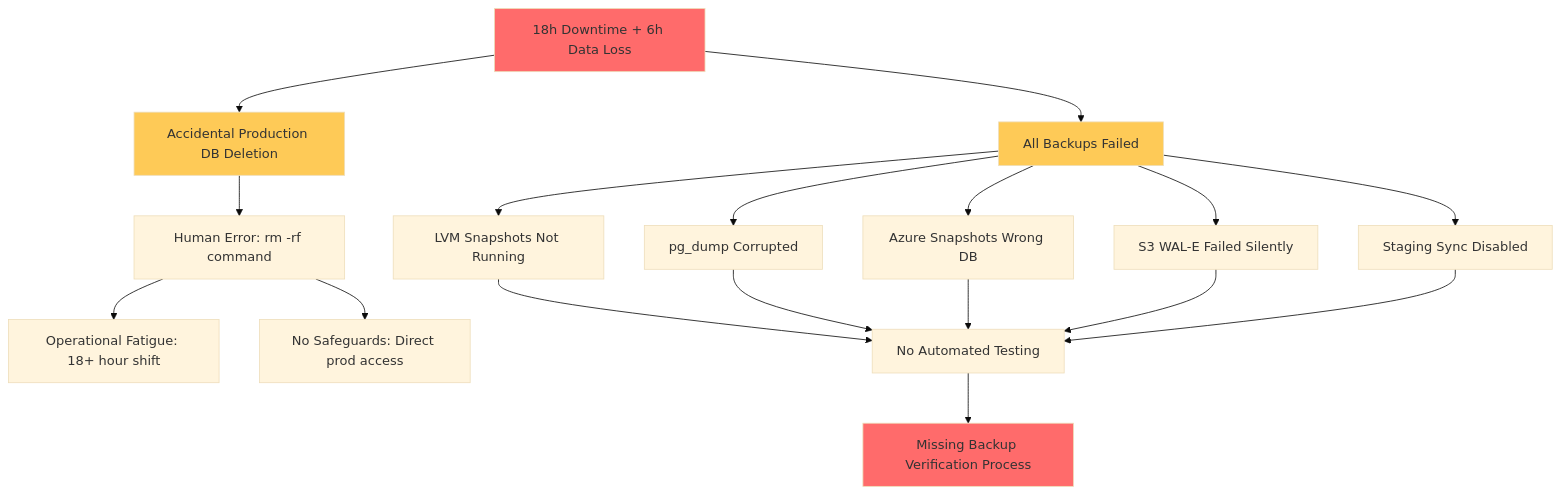
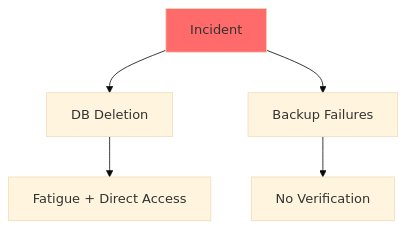
The second of 2 diagrams in Prompts/Career/CaseStudy/QA.md (ljg-cqu/knowledge), drawn with Mermaid (base theme) before and after one commit. The commit also changed other lines of this file and 16 other files, not shown here.

````diff
--- a/Prompts/Career/CaseStudy/QA.md
+++ b/Prompts/Career/CaseStudy/QA.md
@@ -201,28 +111,8 @@
 ```mermaid
 flowchart TD
-    A[18h Downtime + 6h Data Loss] --> B[Accidental Production DB Deletion]
-    A --> C[All Backups Failed]
-    
-    B --> D[Human Error: rm -rf command]
-    D --> E[Operational Fatigue: 18+ hour shift]
-    D --> F[No Safeguards: Direct prod access]
-    
-    C --> G[LVM Snapshots Not Running]
-    C --> H[pg_dump Corrupted]
-    C --> I[Azure Snapshots Wrong DB]
-    C --> J[S3 WAL-E Failed Silently]
-    C --> K[Staging Sync Disabled]
-    
-    G --> L[No Automated Testing]
-    H --> L
-    I --> L
-    J --> L
-    K --> L
-    
-    L --> M[Missing Backup Verification Process]
-    
+    A[Incident] --> B[DB Deletion]
+    A --> C[Backup Failures]
+    B --> D[Fatigue + Direct Access]
+    C --> E[No Verification]
     style A fill:#ff6b6b
-    style B fill:#feca57
-    style C fill:#feca57
-    style M fill:#ff6b6b
 ```
````
